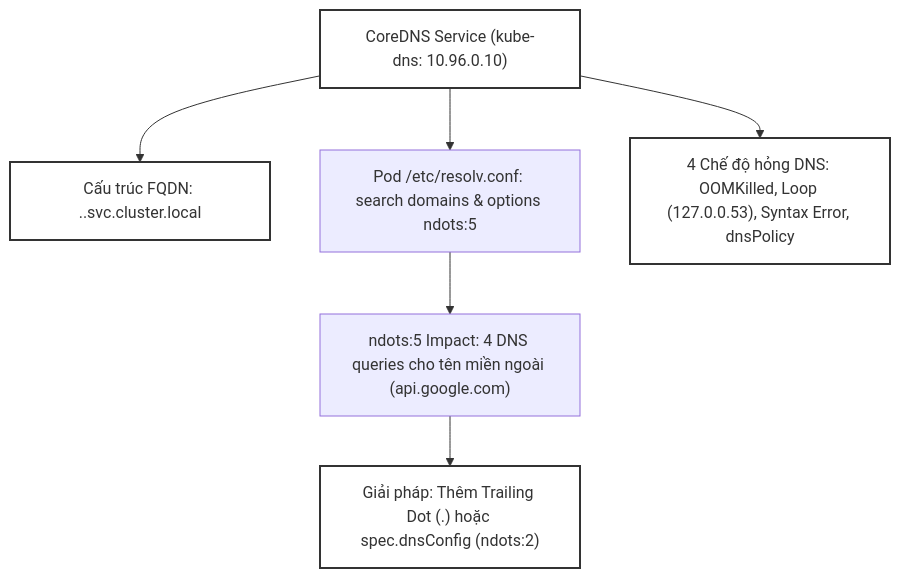
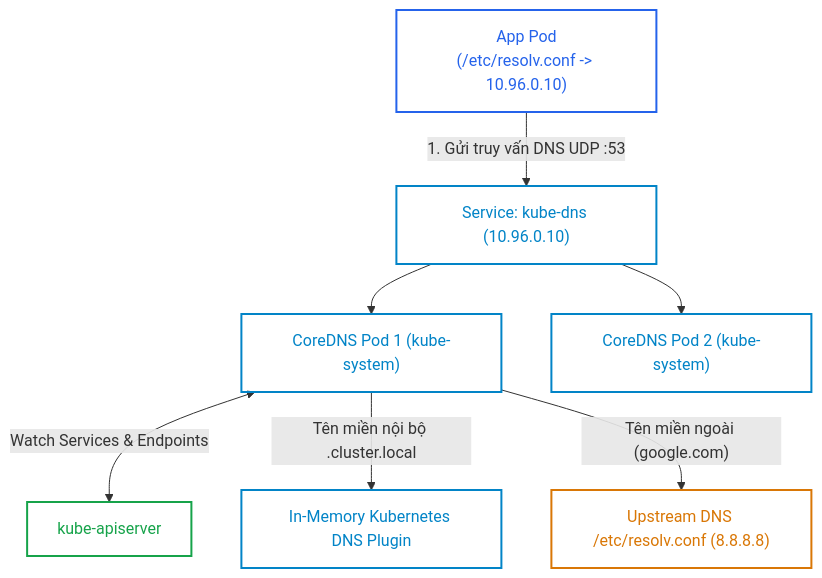
Before and after one commit to kiennt308/ntk: the first of 3 diagrams in _posts/2026-09-12-cka-23-23-coredns-va-phan-giai-ten.md, drawn with Mermaid. The commit also changed other lines of this file and 39 other files, not shown here.

````diff
--- a/_posts/2026-09-12-cka-23-23-coredns-va-phan-giai-ten.md
+++ b/_posts/2026-09-12-cka-23-23-coredns-va-phan-giai-ten.md
@@ -387,15 +47,17 @@
 ```mermaid
-graph TD
-    A["CoreDNS Service (kube-dns: 10.96.0.10)"] --> B["Cấu trúc FQDN: <svc>.<ns>.svc.cluster.local"]
-    A --> C["Pod /etc/resolv.conf: search domains & options ndots:5"]
+flowchart TD
+    classDef pod fill:none,stroke:#2563eb,stroke-width:2px,color:#2563eb;
+    classDef dns fill:none,stroke:#0284c7,stroke-width:2px,color:#0284c7;
+    classDef k8s fill:none,stroke:#16a34a,stroke-width:2px,color:#16a34a;
+    classDef ext fill:none,stroke:#d97706,stroke-width:2px,color:#d97706;
+
+    AppPod["App Pod<br>(/etc/resolv.conf -> 10.96.0.10)"]:::pod -->|1. Gửi truy vấn DNS UDP :53| DNS_VIP["Service: kube-dns (10.96.0.10)"]:::dns
     
-    C --> D["ndots:5 Impact: 4 DNS queries cho tên miền ngoài (api.google.com)"]
-    D --> E["Giải pháp: Thêm Trailing Dot (.) hoặc spec.dnsConfig (ndots:2)"]
+    DNS_VIP --> CoreDNS1["CoreDNS Pod 1 (kube-system)"]:::dns
+    DNS_VIP --> CoreDNS2["CoreDNS Pod 2 (kube-system)"]:::dns
 
-    A --> F["4 Chế độ hỏng DNS: OOMKilled, Loop (127.0.0.53), Syntax Error, dnsPolicy"]
-
-    style A fill:none,stroke:#333,stroke-width:2px
-    style B fill:none,stroke:#333,stroke-width:2px
-    style E fill:none,stroke:#333,stroke-width:2px
-    style F fill:none,stroke:#333,stroke-width:2px
+    CoreDNS1 <-->|Watch Services & Endpoints| API["kube-apiserver"]:::k8s
+    
+    CoreDNS1 -->|Tên miền nội bộ .cluster.local| InMem["In-Memory Kubernetes DNS Plugin"]:::dns
+    CoreDNS1 -->|"Tên miền ngoài (google.com)"| Upstream["Upstream DNS /etc/resolv.conf (8.8.8.8)"]:::ext
 ```
````
